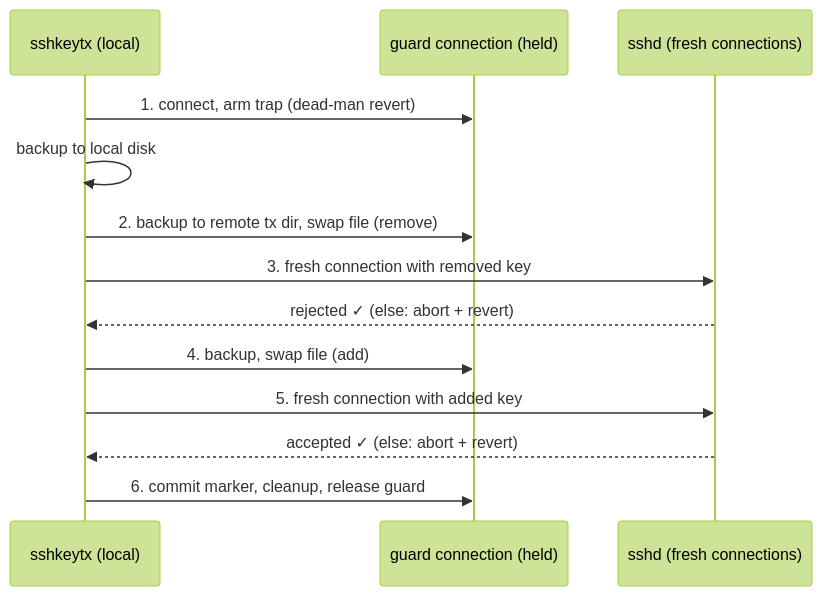
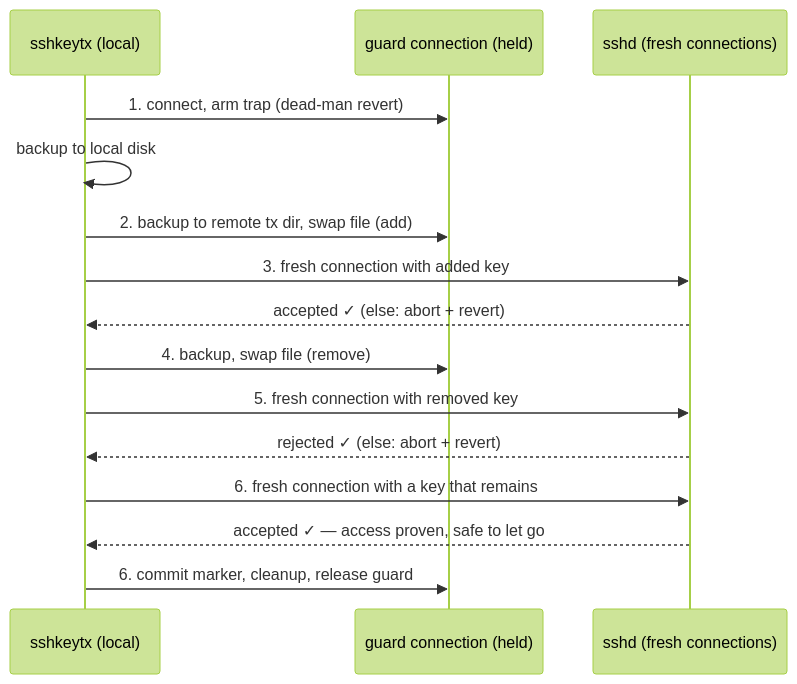
Before and after one commit to caoer/sshkeytx: the diagram in README.md, drawn with Mermaid (forest theme). The commit also changed other lines of this file and 12 other files, not shown here.

````diff
--- a/README.md
+++ b/README.md
@@ -90,15 +99,17 @@
 ```mermaid
 sequenceDiagram
     participant L as sshkeytx (local)
     participant G as guard connection (held)
     participant S as sshd (fresh connections)
     L->>G: 1. connect, arm trap (dead-man revert)
     L->>L: backup to local disk
-    L->>G: 2. backup to remote tx dir, swap file (remove)
-    L->>S: 3. fresh connection with removed key
+    L->>G: 2. backup to remote tx dir, swap file (add)
+    L->>S: 3. fresh connection with added key
+    S-->>L: accepted ✓ (else: abort + revert)
+    L->>G: 4. backup, swap file (remove)
+    L->>S: 5. fresh connection with removed key
     S-->>L: rejected ✓ (else: abort + revert)
-    L->>G: 4. backup, swap file (add)
-    L->>S: 5. fresh connection with added key
-    S-->>L: accepted ✓ (else: abort + revert)
+    L->>S: 6. fresh connection with a key that remains
+    S-->>L: accepted ✓ — access proven, safe to let go
     L->>G: 6. commit marker, cleanup, release guard
 ```
````
